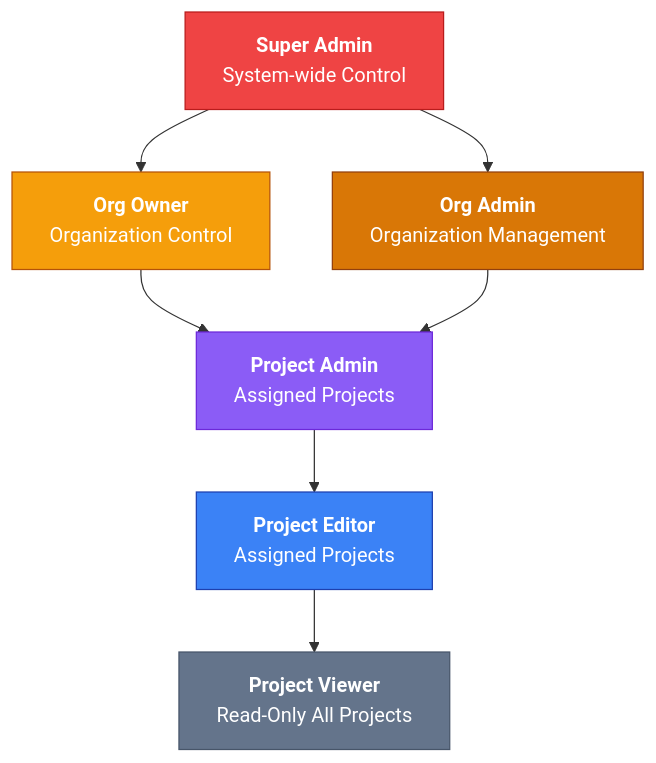
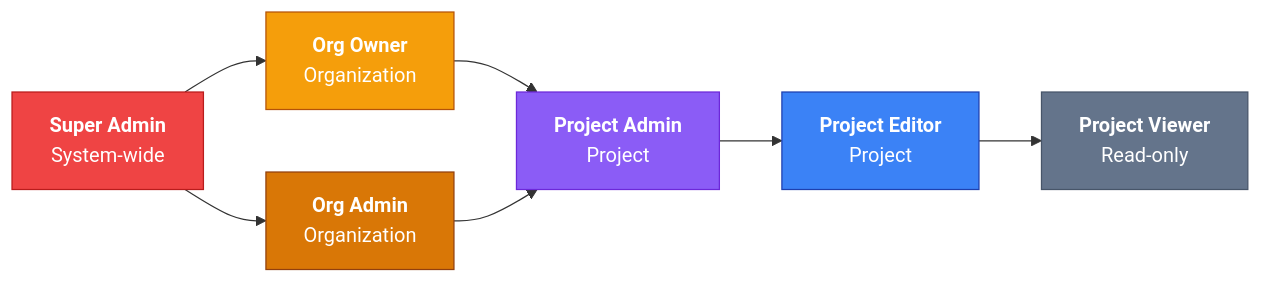
Before and after one commit to supercheck-io/supercheck: the diagram in docs/content/docs/app/admin/roles-and-permissions.mdx, drawn with Mermaid.

Commit message:
docs: make the role hierarchy diagram compact and horizontal

````diff
--- a/docs/content/docs/app/admin/roles-and-permissions.mdx
+++ b/docs/content/docs/app/admin/roles-and-permissions.mdx
@@ -26,23 +26,16 @@
 ```mermaid
-graph TD
-    SA["<b>Super Admin</b><br/>System-wide Control"]
-    OO["<b>Org Owner</b><br/>Organization Control"]
-    OA["<b>Org Admin</b><br/>Organization Management"]
-    PA["<b>Project Admin</b><br/>Assigned Projects"]
-    PE["<b>Project Editor</b><br/>Assigned Projects"]
-    PV["<b>Project Viewer</b><br/>Read-Only All Projects"]
-
-    SA --> OO
-    SA --> OA
-    OO --> PA
+flowchart LR
+    SA["<b>Super Admin</b><br/>System-wide"] --> OO["<b>Org Owner</b><br/>Organization"]
+    SA --> OA["<b>Org Admin</b><br/>Organization"]
+    OO --> PA["<b>Project Admin</b><br/>Project"]
     OA --> PA
-    PA --> PE
-    PE --> PV
+    PA --> PE["<b>Project Editor</b><br/>Project"]
+    PE --> PV["<b>Project Viewer</b><br/>Read-only"]
 
     style SA fill:#ef4444,stroke:#b91c1c,color:#fff
     style OO fill:#f59e0b,stroke:#b45309,color:#fff
     style OA fill:#d97706,stroke:#92400e,color:#fff
     style PA fill:#8b5cf6,stroke:#6d28d9,color:#fff
     style PE fill:#3b82f6,stroke:#1e40af,color:#fff
     style PV fill:#64748b,stroke:#475569,color:#fff
 ```
````
